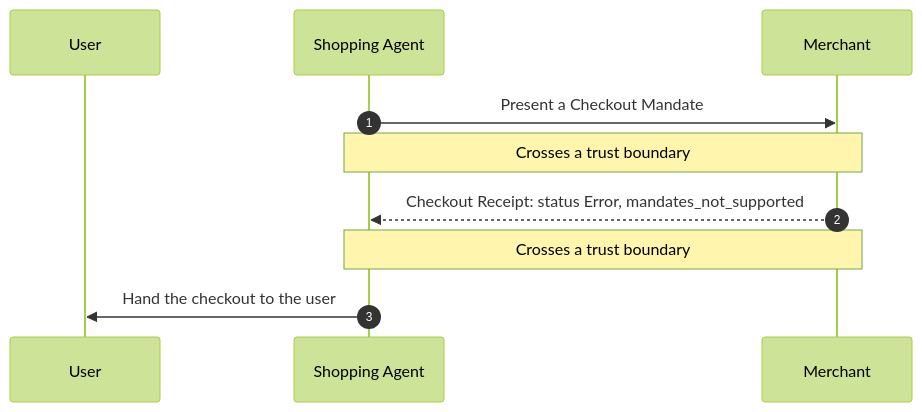
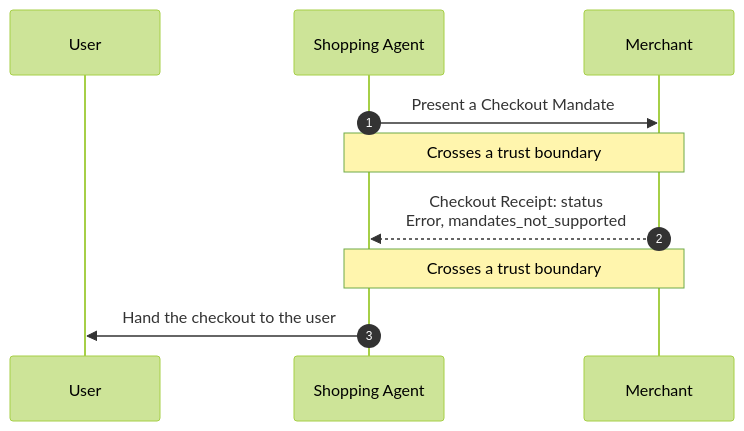
Before and after one commit to mercesAI/agentic-rails-atlas: the diagram in src/generated/mermaid/ap2-failure-mandates-not-supported.mmd, drawn with Mermaid (forest theme). The commit also changed 353 other files, not shown here.

Commit message:
feat(diagrams): wide and readable renders: dagre layout, 16 px text, 300 px label wrap, pre-wrapped sequence messages, no entity codes in state transitions, label halo; shared id-suffix module; --dir guard and font versions in the render cache key

```diff
--- a/src/generated/mermaid/ap2-failure-mandates-not-supported.mmd
+++ b/src/generated/mermaid/ap2-failure-mandates-not-supported.mmd
@@ -1,12 +1,12 @@
 sequenceDiagram
   accTitle: AP2 failure: mandates_not_supported and fallback to a non-agentic flow
   accDescr: Sequence diagram: AP2 failure: mandates_not_supported and fallback to a non-agentic flow. 3 participants: User, Shopping Agent, and Merchant. 3 steps, 2 crossing a trust boundary. Based on ap2 v0.2 (2026-04-28). Step 1: Shopping Agent to Merchant: Present a Checkout Mandate. This step crosses a trust boundary. Step 2: Merchant to Shopping Agent: Checkout Receipt: status Error, mandates_not_supported. This step crosses a trust boundary. Step 3: Shopping Agent to User: Hand the checkout to the user.
   autonumber
   participant p_user as User
   participant p_sa as Shopping Agent
   participant p_merchant as Merchant
   p_sa->>p_merchant: Present a Checkout Mandate
   Note over p_sa,p_merchant: Crosses a trust boundary
-  p_merchant-->>p_sa: Checkout Receipt: status Error, mandates_not_supported
+  p_merchant-->>p_sa: Checkout Receipt: status<br/>Error, mandates_not_supported
   Note over p_merchant,p_sa: Crosses a trust boundary
   p_sa->>p_user: Hand the checkout to the user
```
